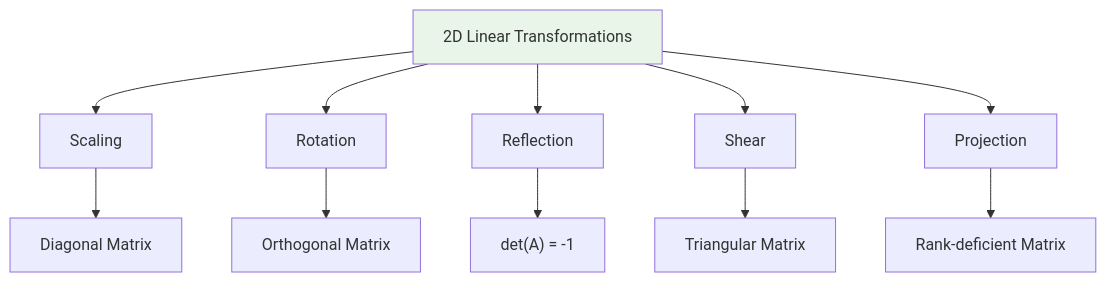
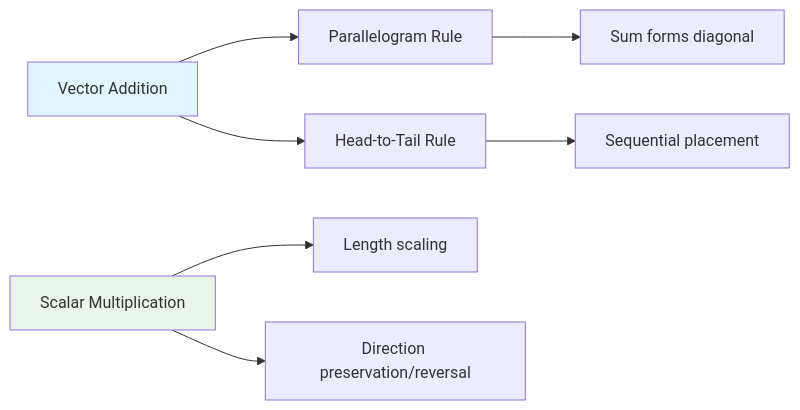
One commit to Chaklader/flower-image-classifier changed the sixth of 6 diagrams in C_0.md. Above: the diagram before and after it, drawn with Mermaid. The commit also changed other lines of this file and 3 other files, not shown here.

````diff
--- a/C_0.md
+++ b/C_0.md
@@ -789,16 +1069,13 @@
 ```mermaid
-graph TD
-    A["2D Linear Transformations"] --> B["Scaling"]
-    A --> C["Rotation"]
-    A --> D["Reflection"]
-    A --> E["Shear"]
-    A --> F["Projection"]
+graph LR
+    A["Vector Addition"] --> B["Parallelogram Rule"]
+    A --> C["Head-to-Tail Rule"]
+    B --> D["Sum forms diagonal"]
+    C --> E["Sequential placement"]
 
-    B --> B1["Diagonal Matrix"]
-    C --> C1["Orthogonal Matrix"]
-    D --> D1["det(A) = -1"]
-    E --> E1["Triangular Matrix"]
-    F --> F1["Rank-deficient Matrix"]
+    F["Scalar Multiplication"] --> G["Length scaling"]
+    F --> H["Direction preservation/reversal"]
 
-    style A fill:#E8F5E8
+    style A fill:#E1F5FE
+    style F fill:#E8F5E8
 ```
````
